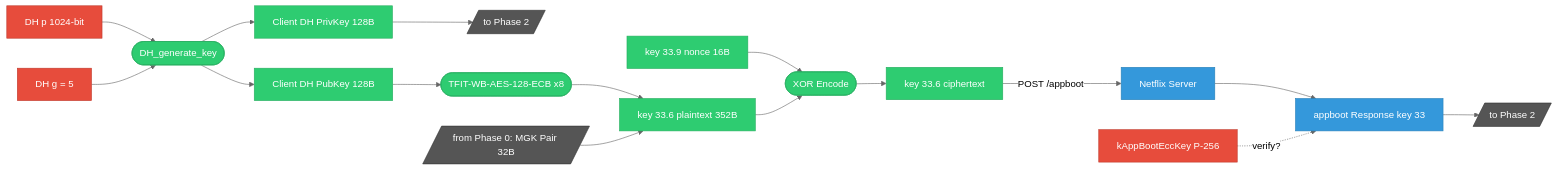
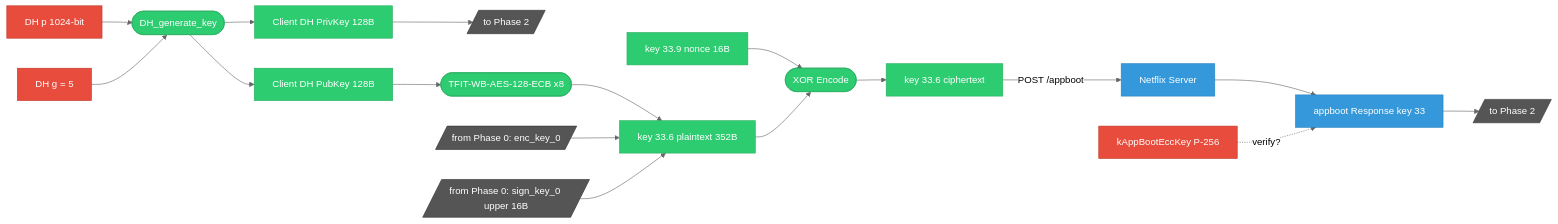
Before and after one commit to qtmleap/revkit: the second of 9 diagrams in docs/spec/msl_key_relationship.md, drawn with Mermaid (neutral theme).

Commit message:
docs(spec): Phase 1 の from Phase 0 参照を enc_key_0/sign_key_0 に修正
存在しない「MGK Pair」ラベルを削除し、Phase 0 の実際の出力名で参照。

````diff
--- a/docs/spec/msl_key_relationship.md
+++ b/docs/spec/msl_key_relationship.md
@@ -39,35 +39,37 @@
 ```mermaid
 graph LR
     DH_P["DH p 1024-bit"] --> OP_DHGEN(["DH_generate_key"])
     DH_G["DH g = 5"] --> OP_DHGEN
     OP_DHGEN --> DH_PUB["Client DH PubKey 128B"]
     OP_DHGEN --> DH_PRIV["Client DH PrivKey 128B"]
     DH_PRIV --> TO_P2a[/"to Phase 2"/]
     DH_PUB --> OP_TFIT1(["TFIT-WB-AES-128-ECB x8"])
     OP_TFIT1 --> KEY336_PT["key 33.6 plaintext 352B"]
-    FROM_P0[/"from Phase 0: MGK Pair 32B"/] --> KEY336_PT
+    FROM_P0a[/"from Phase 0: enc_key_0"/] --> KEY336_PT
+    FROM_P0b[/"from Phase 0: sign_key_0 upper 16B"/] --> KEY336_PT
     NONCE_SRV["key 33.9 nonce 16B"] --> OP_XOR(["XOR Encode"])
     KEY336_PT --> OP_XOR
     OP_XOR --> KEY336_ENC["key 33.6 ciphertext"]
     KEY336_ENC -->|POST /appboot| SERVER["Netflix Server"]
     SERVER --> DH_RESP["appboot Response key 33"]
     DH_RESP --> TO_P2b[/"to Phase 2"/]
     ECC_BOOT["kAppBootEccKey P-256"] -.->|verify?| DH_RESP
 
     style DH_P fill:#e74c3c,stroke:#c0392b,color:#fff
     style DH_G fill:#e74c3c,stroke:#c0392b,color:#fff
     style ECC_BOOT fill:#e74c3c,stroke:#c0392b,color:#fff
     style NONCE_SRV fill:#2ecc71,stroke:#27ae60,color:#fff
     style SERVER fill:#3498db,stroke:#2980b9,color:#fff
     style DH_RESP fill:#3498db,stroke:#2980b9,color:#fff
     style DH_PUB fill:#2ecc71,stroke:#27ae60,color:#fff
     style DH_PRIV fill:#2ecc71,stroke:#27ae60,color:#fff
     style TO_P2a fill:#555,stroke:#333,color:#fff
     style TO_P2b fill:#555,stroke:#333,color:#fff
     style OP_DHGEN fill:#2ecc71,stroke:#27ae60,color:#fff
     style OP_TFIT1 fill:#2ecc71,stroke:#27ae60,color:#fff
     style OP_XOR fill:#2ecc71,stroke:#27ae60,color:#fff
     style KEY336_PT fill:#2ecc71,stroke:#27ae60,color:#fff
     style KEY336_ENC fill:#2ecc71,stroke:#27ae60,color:#fff
-    style FROM_P0 fill:#555,stroke:#333,color:#fff
+    style FROM_P0a fill:#555,stroke:#333,color:#fff
+    style FROM_P0b fill:#555,stroke:#333,color:#fff
 ```
````
